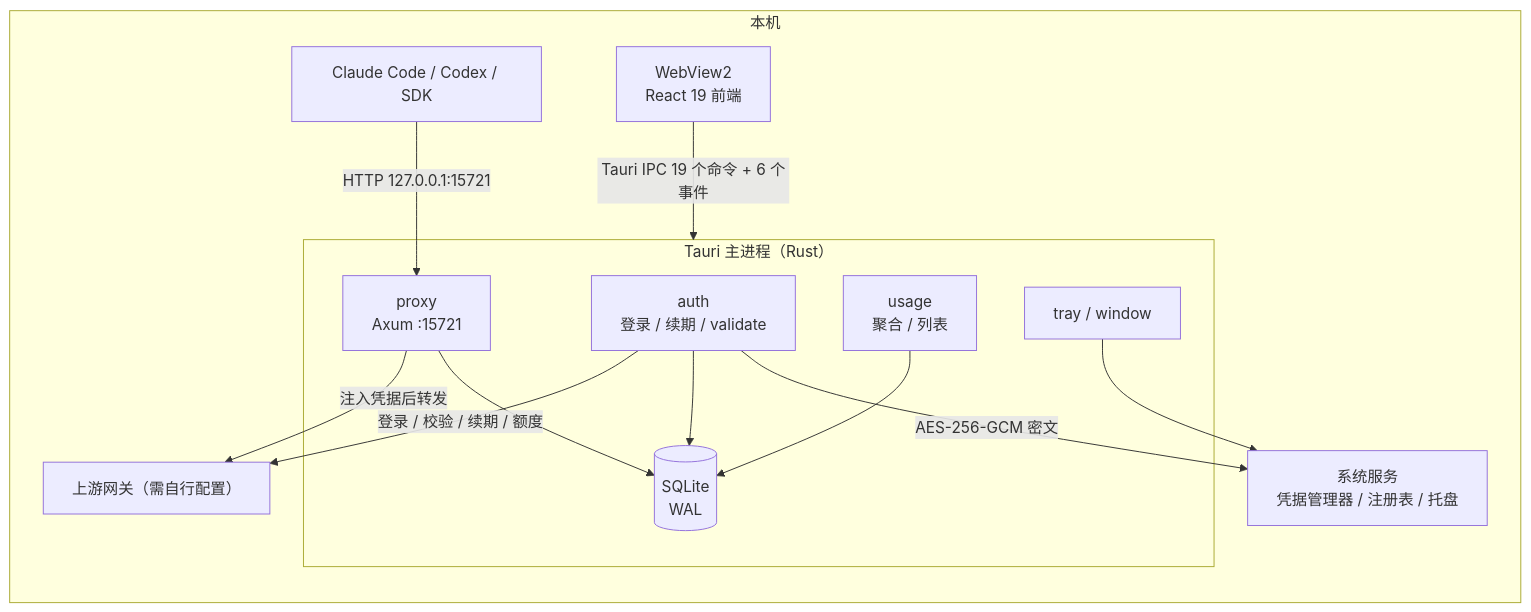
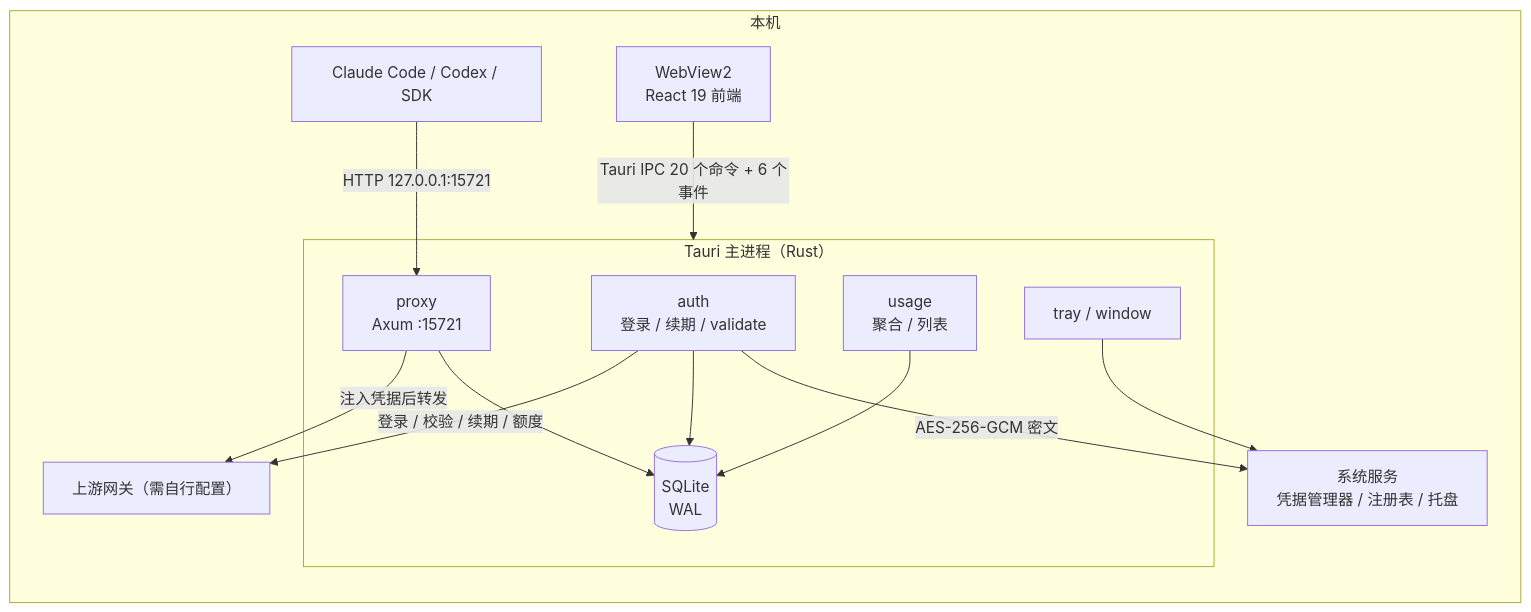
One commit to CMHubLight/codemaker-hub-light changed the diagram in docs/architecture.md. Above: the diagram before and after it, drawn with Mermaid. The commit also changed other lines of this file and 12 other files, not shown here.

````diff
--- a/docs/architecture.md
+++ b/docs/architecture.md
@@ -19,25 +19,25 @@
 ```mermaid
 flowchart LR
   subgraph Host["本机"]
     subgraph Main["Tauri 主进程（Rust）"]
       AUTH["auth<br/>登录 / 续期 / validate"]
       PROXY["proxy<br/>Axum :15721"]
       USAGE["usage<br/>聚合 / 列表"]
       DB[("SQLite<br/>WAL")]
       TRAY["tray / window"]
     end
     WV["WebView2<br/>React 19 前端"]
     OS["系统服务<br/>凭据管理器 / 注册表 / 托盘"]
     CLIENT["Claude Code / Codex / SDK"]
     GW["上游网关（需自行配置）"]
   end
-  WV -->|"Tauri IPC 19 个命令 + 6 个事件"| Main
+  WV -->|"Tauri IPC 20 个命令 + 6 个事件"| Main
   CLIENT -->|"HTTP 127.0.0.1:15721"| PROXY
   PROXY -->|"注入凭据后转发"| GW
   AUTH -->|"登录 / 校验 / 续期 / 额度"| GW
   AUTH --> DB
   PROXY --> DB
   USAGE --> DB
   AUTH -->|"AES-256-GCM 密文"| OS
   TRAY --> OS
 ```
````
